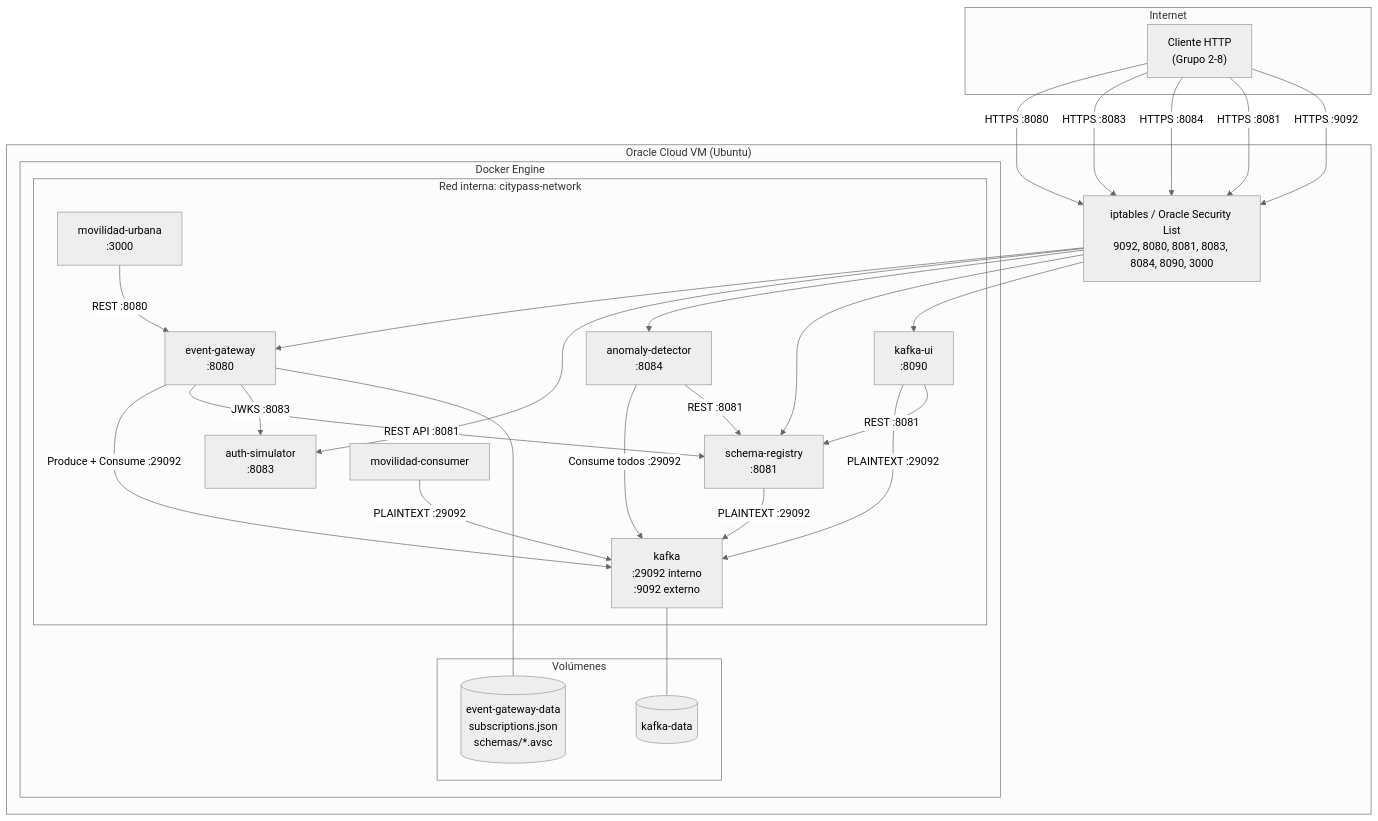
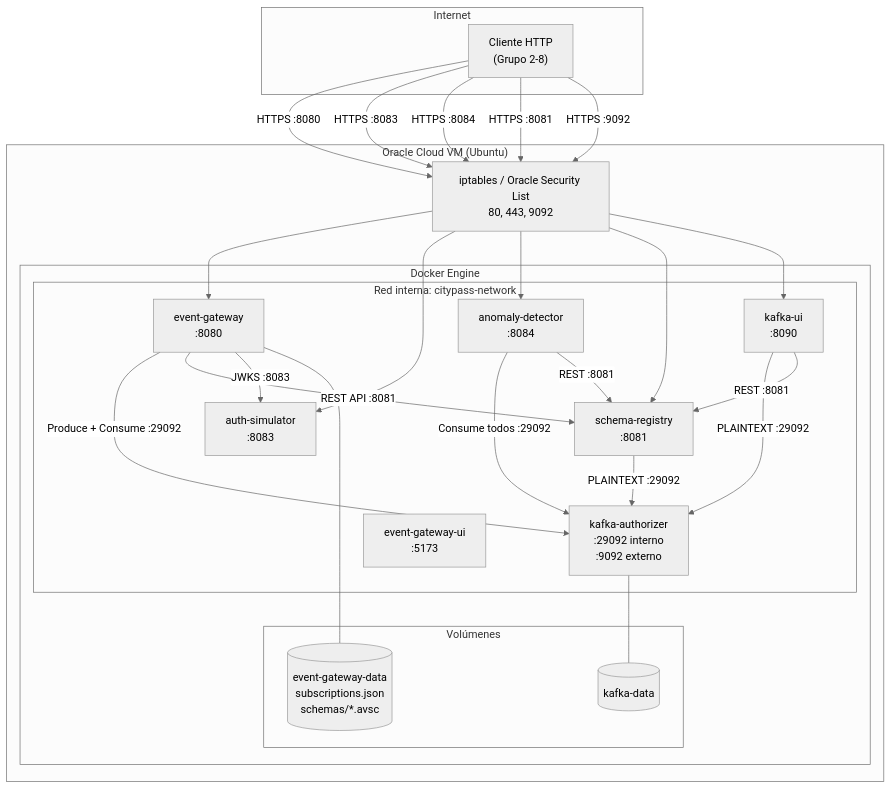
The diagram in docs/diagrams/despliegue.md (carlos-illobre/citypass-event-gateway), drawn with Mermaid (neutral theme) before and after one commit. The commit also changed other lines of this file and 171 other files, not shown here.

````diff
--- a/docs/diagrams/despliegue.md
+++ b/docs/diagrams/despliegue.md
@@ -5,58 +5,55 @@
 ```mermaid
 graph TB
     subgraph internet["Internet"]
         cliente["Cliente HTTP<br/>(Grupo 2-8)"]
     end
 
     subgraph oracle["Oracle Cloud VM (Ubuntu)"]
         subgraph docker["Docker Engine"]
             subgraph red["Red interna: citypass-network"]
-                kafka["kafka<br/>:29092 interno<br/>:9092 externo"]
+                kafka["kafka-authorizer<br/>:29092 interno<br/>:9092 externo"]
                 schema_registry["schema-registry<br/>:8081"]
                 auth_simulator["auth-simulator<br/>:8083"]
                 event_gateway["event-gateway<br/>:8080"]
+                event_gateway_ui["event-gateway-ui<br/>:5173"]
                 anomaly_detector["anomaly-detector<br/>:8084"]
                 kafka_ui["kafka-ui<br/>:8090"]
-                movilidad_urbana["movilidad-urbana<br/>:3000"]
-                movilidad_consumer["movilidad-consumer"]
             end
 
             subgraph volumes["Volúmenes"]
                 kafka_data[("kafka-data")]
                 proxy_data[("event-gateway-data<br/>subscriptions.json<br/>schemas/*.avsc")]
             end
         end
 
-        firewall["iptables / Oracle Security List<br/>9092, 8080, 8081, 8083, 8084, 8090, 3000"]
+        firewall["iptables / Oracle Security List<br/>80, 443, 9092"]
     end
 
     cliente -->|"HTTPS :8080"| firewall
     cliente -->|"HTTPS :8083"| firewall
     cliente -->|"HTTPS :8084"| firewall
     cliente -->|"HTTPS :8081"| firewall
     cliente -->|"HTTPS :9092"| firewall
 
     firewall --> event_gateway
     firewall --> auth_simulator
     firewall --> anomaly_detector
     firewall --> schema_registry
     firewall --> kafka_ui
 
     event_gateway -->|"Produce + Consume :29092"| kafka
     event_gateway -->|"REST API :8081"| schema_registry
     event_gateway -->|"JWKS :8083"| auth_simulator
     event_gateway --- proxy_data
 
     anomaly_detector -->|"Consume todos :29092"| kafka
     anomaly_detector -->|"REST :8081"| schema_registry
 
     schema_registry -->|"PLAINTEXT :29092"| kafka
 
     kafka_ui -->|"PLAINTEXT :29092"| kafka
     kafka_ui -->|"REST :8081"| schema_registry
 
-    movilidad_urbana -->|"REST :8080"| event_gateway
-    movilidad_consumer -->|"PLAINTEXT :29092"| kafka
 
     kafka --- kafka_data
 ```
````
